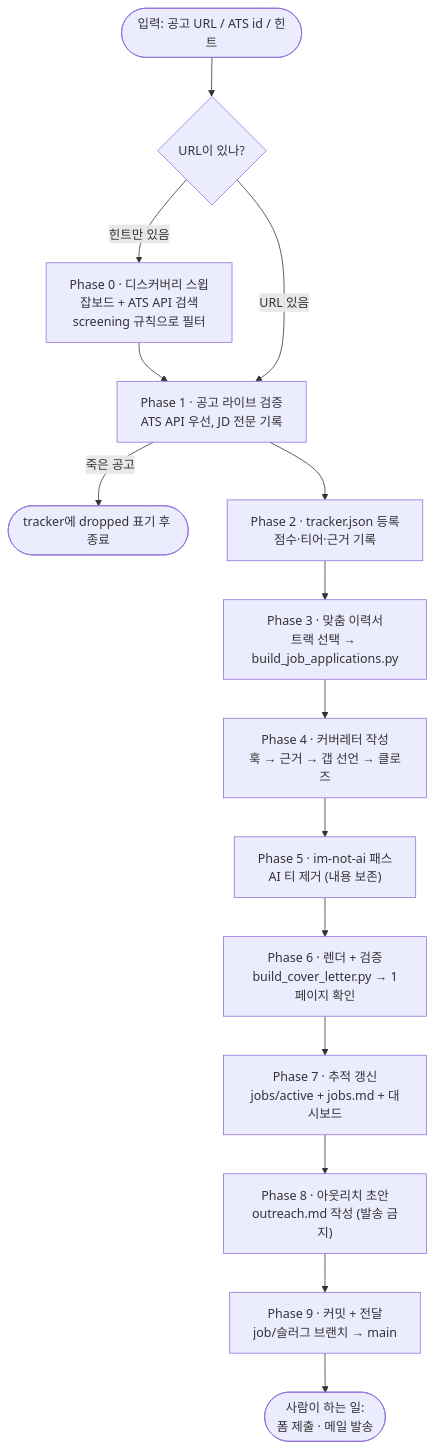
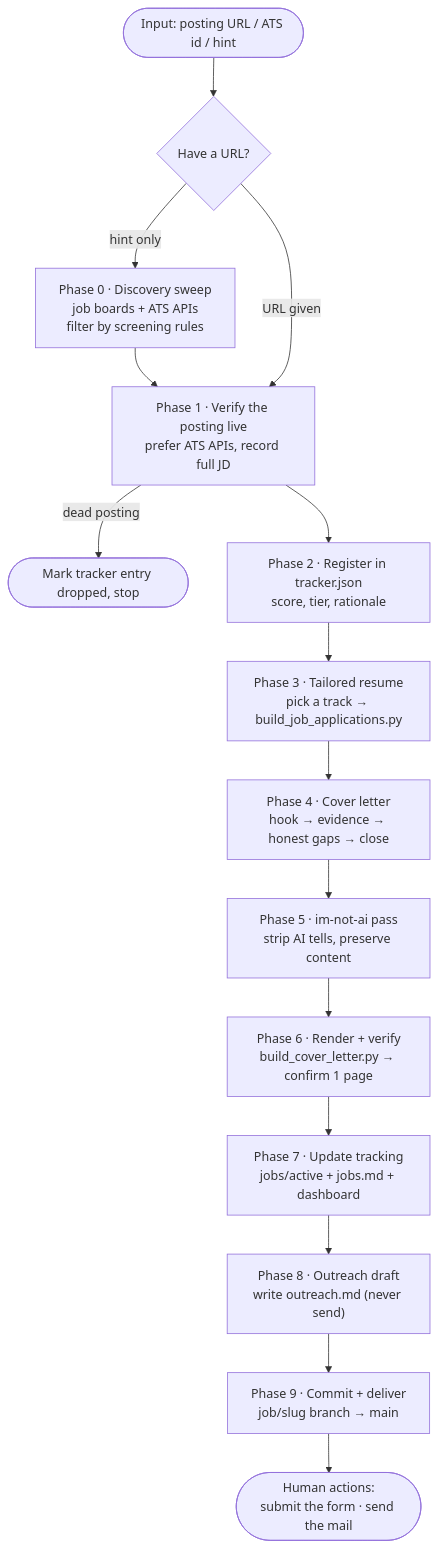
Before and after one commit to Jaeyong-seo/where-is-my-job: the third of 4 diagrams in README.md, drawn with Mermaid. The commit also changed other lines of this file, not shown here.

````diff
--- a/README.md
+++ b/README.md
@@ -71,17 +71,17 @@
 ```mermaid
 flowchart TD
-    START(["입력: 공고 URL / ATS id / 힌트"]) --> P0{"URL이 있나?"}
-    P0 -- "힌트만 있음" --> SWEEP["Phase 0 · 디스커버리 스윕<br/>잡보드 + ATS API 검색<br/>screening 규칙으로 필터"]
+    START(["Input: posting URL / ATS id / hint"]) --> P0{"Have a URL?"}
+    P0 -- "hint only" --> SWEEP["Phase 0 · Discovery sweep<br/>job boards + ATS APIs<br/>filter by screening rules"]
     SWEEP --> P1
-    P0 -- "URL 있음" --> P1["Phase 1 · 공고 라이브 검증<br/>ATS API 우선, JD 전문 기록"]
-    P1 -- "죽은 공고" --> DROP(["tracker에 dropped 표기 후 종료"])
-    P1 --> P2["Phase 2 · tracker.json 등록<br/>점수·티어·근거 기록"]
-    P2 --> P3["Phase 3 · 맞춤 이력서<br/>트랙 선택 → build_job_applications.py"]
-    P3 --> P4["Phase 4 · 커버레터 작성<br/>훅 → 근거 → 갭 선언 → 클로즈"]
-    P4 --> P5["Phase 5 · im-not-ai 패스<br/>AI 티 제거 (내용 보존)"]
-    P5 --> P6["Phase 6 · 렌더 + 검증<br/>build_cover_letter.py → 1페이지 확인"]
-    P6 --> P7["Phase 7 · 추적 갱신<br/>jobs/active + jobs.md + 대시보드"]
-    P7 --> P8["Phase 8 · 아웃리치 초안<br/>outreach.md 작성 (발송 금지)"]
-    P8 --> P9["Phase 9 · 커밋 + 전달<br/>job/슬러그 브랜치 → main"]
-    P9 --> END(["사람이 하는 일:<br/>폼 제출 · 메일 발송"])
+    P0 -- "URL given" --> P1["Phase 1 · Verify the posting live<br/>prefer ATS APIs, record full JD"]
+    P1 -- "dead posting" --> DROP(["Mark tracker entry dropped, stop"])
+    P1 --> P2["Phase 2 · Register in tracker.json<br/>score, tier, rationale"]
+    P2 --> P3["Phase 3 · Tailored resume<br/>pick a track → build_job_applications.py"]
+    P3 --> P4["Phase 4 · Cover letter<br/>hook → evidence → honest gaps → close"]
+    P4 --> P5["Phase 5 · im-not-ai pass<br/>strip AI tells, preserve content"]
+    P5 --> P6["Phase 6 · Render + verify<br/>build_cover_letter.py → confirm 1 page"]
+    P6 --> P7["Phase 7 · Update tracking<br/>jobs/active + jobs.md + dashboard"]
+    P7 --> P8["Phase 8 · Outreach draft<br/>write outreach.md (never send)"]
+    P8 --> P9["Phase 9 · Commit + deliver<br/>job/slug branch → main"]
+    P9 --> END(["Human actions:<br/>submit the form · send the mail"])
 ```
````
